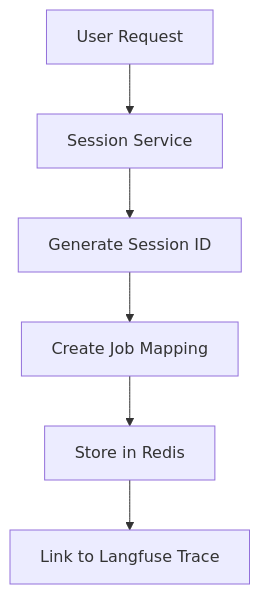
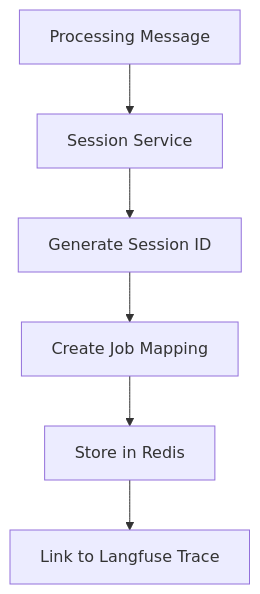
One commit to Really-Great-Tech/expenses-ai-api-wrapper changed the fifth of 7 diagrams in MVP_ARCHITECTURE_PLAN.md. Above: the diagram before and after it, drawn with Mermaid. The commit also changed other lines of this file, not shown here.

Commit message:
Updated MVP Architecture Plan

````diff
--- a/MVP_ARCHITECTURE_PLAN.md
+++ b/MVP_ARCHITECTURE_PLAN.md
@@ -264,8 +297,8 @@
 ```mermaid
 graph TD
-    A[User Request] --> B[Session Service]
+    A[Processing Message] --> B[Session Service]
     B --> C[Generate Session ID]
     C --> D[Create Job Mapping]
     D --> E[Store in Redis]
     E --> F[Link to Langfuse Trace]
 ```
````
